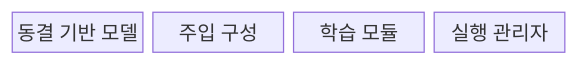
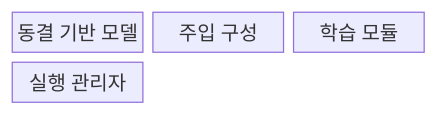
One commit to agnusdei1207/knowledge-base changed the first of 2 diagrams in src/content/docs/notes/08-latest-tech/061_parameter_efficient_fine_tuning.md. Above: the diagram before and after it, drawn with Mermaid. The commit also changed other lines of this file and 59 other files, not shown here.

````diff
--- a/src/content/docs/notes/08-latest-tech/061_parameter_efficient_fine_tuning.md
+++ b/src/content/docs/notes/08-latest-tech/061_parameter_efficient_fine_tuning.md
@@ -49,8 +49,8 @@
 ```mermaid
 block-beta
-    columns 4
+    columns 3
     B["동결 기반 모델"]
     C["주입 구성"]
     T["학습 모듈"]
     R["실행 관리자"]
 ```
````
